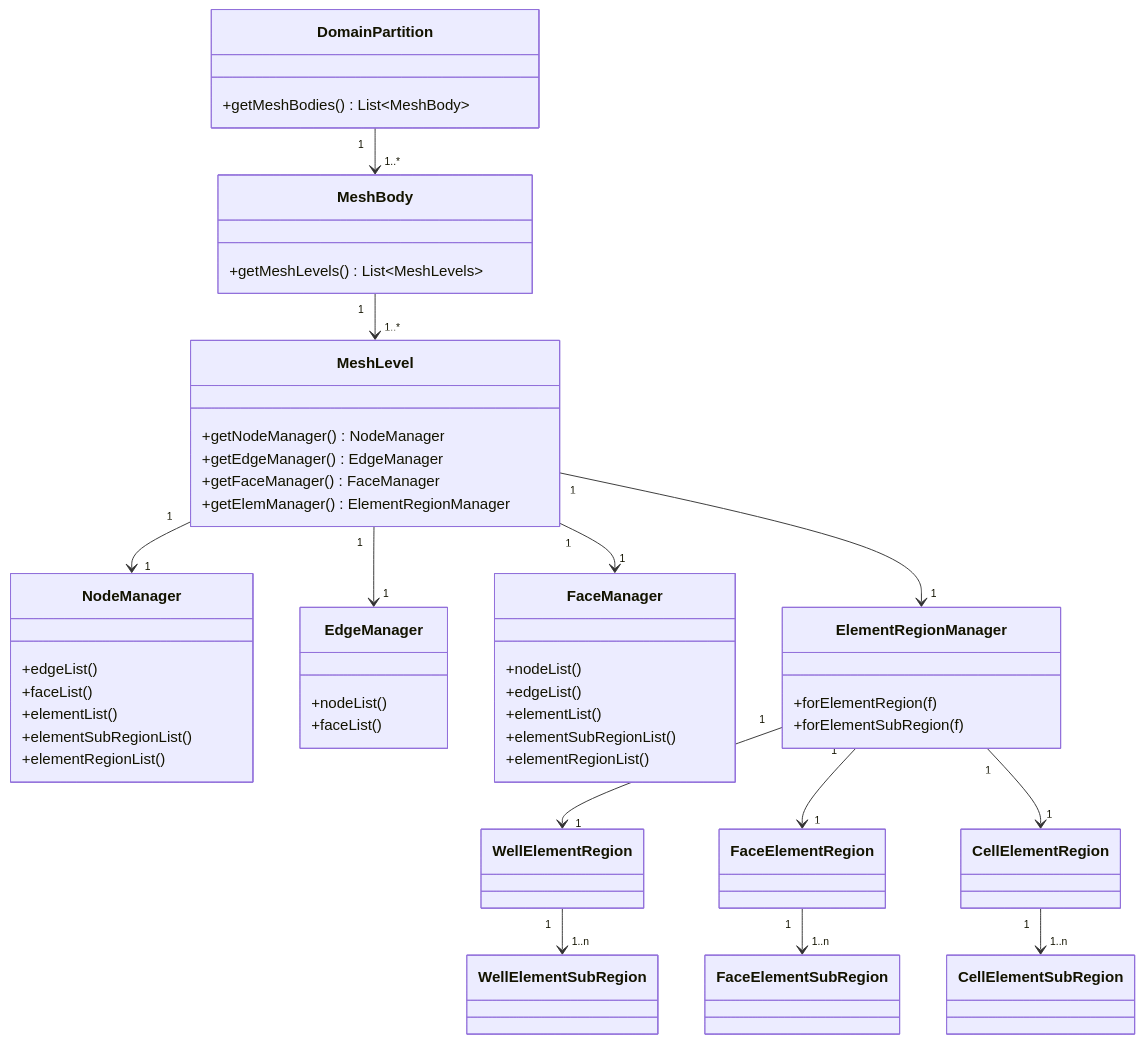
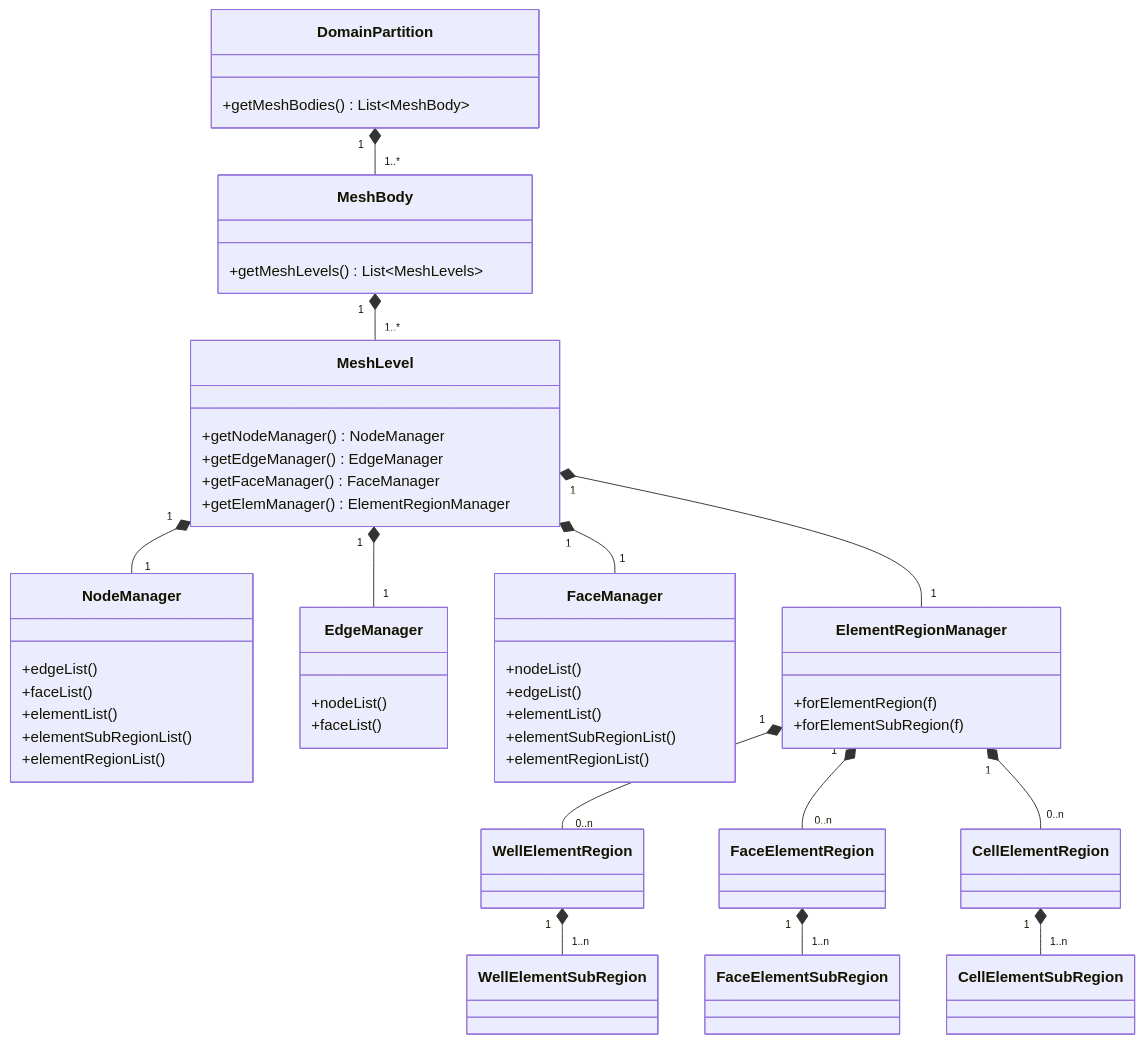
The diagram in src/coreComponents/mesh/docs/MeshObjectInstantiationHierarchy.mmd (GEOS-DEV/GEOS), drawn with Mermaid before and after one commit.

Commit message:
Better multiplicities?

```diff
--- a/src/coreComponents/mesh/docs/MeshObjectInstantiationHierarchy.mmd
+++ b/src/coreComponents/mesh/docs/MeshObjectInstantiationHierarchy.mmd
@@ -1,58 +1,58 @@
 classDiagram
 
 class DomainPartition {
     +getMeshBodies() List~MeshBody~
 }
 
 class MeshBody {
     +getMeshLevels() List~MeshLevels~
 }
 
 class MeshLevel {
     +getNodeManager() NodeManager
     +getEdgeManager() EdgeManager
     +getFaceManager() FaceManager
     +getElemManager() ElementRegionManager
 }
 
 class NodeManager {
     +edgeList()
     +faceList()
     +elementList()
     +elementSubRegionList()
     +elementRegionList()
 }
 
 class EdgeManager {
     +nodeList()
     +faceList()
 }
 
 class FaceManager {
     +nodeList()
     +edgeList()
     +elementList()
     +elementSubRegionList()
     +elementRegionList()
 }
 
 class ElementRegionManager {
     +forElementRegion(f)
     +forElementSubRegion(f)
 }
 
-DomainPartition "1" --> "1..*" MeshBody
-MeshBody "1" --> "1..*" MeshLevel
+DomainPartition "1" *-- "1..*" MeshBody
+MeshBody "1" *-- "1..*" MeshLevel
 
-MeshLevel "1" --> "1" NodeManager
-MeshLevel "1" --> "1" EdgeManager
-MeshLevel "1" --> "1" FaceManager
-MeshLevel "1" --> "1" ElementRegionManager
+MeshLevel "1" *-- "1" NodeManager
+MeshLevel "1" *-- "1" EdgeManager
+MeshLevel "1" *-- "1" FaceManager
+MeshLevel "1" *-- "1" ElementRegionManager
 
-ElementRegionManager "1" --> "1" WellElementRegion
-ElementRegionManager "1" --> "1" FaceElementRegion
-ElementRegionManager "1" --> "1" CellElementRegion
+ElementRegionManager "1" *-- "0..n" WellElementRegion
+ElementRegionManager "1" *-- "0..n" FaceElementRegion
+ElementRegionManager "1" *-- "0..n" CellElementRegion
 
-WellElementRegion "1" --> "1..n" WellElementSubRegion
-FaceElementRegion "1" --> "1..n" FaceElementSubRegion
-CellElementRegion "1" --> "1..n" CellElementSubRegion
+WellElementRegion "1" *-- "1..n" WellElementSubRegion
+FaceElementRegion "1" *-- "1..n" FaceElementSubRegion
+CellElementRegion "1" *-- "1..n" CellElementSubRegion
```
